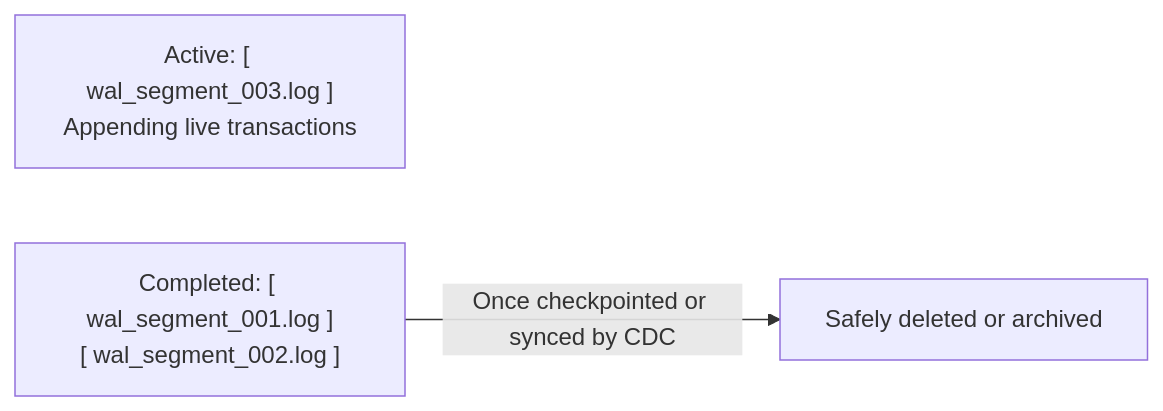
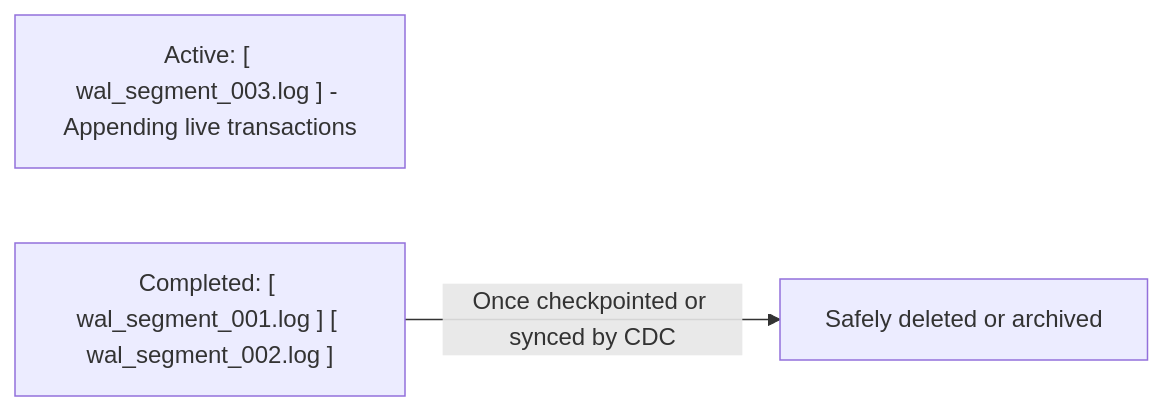
The fourth of 8 diagrams in blog/astro/src/content/docs/change-data-capture.md (Chandra179/atlas), drawn with Mermaid before and after one commit. The commit also changed other lines of this file and 1 other file, not shown here.

````diff
--- a/blog/astro/src/content/docs/change-data-capture.md
+++ b/blog/astro/src/content/docs/change-data-capture.md
@@ -95,6 +95,6 @@
 ```mermaid
 flowchart LR
-  Active["Active: [ wal_segment_003.log ]<br/>Appending live transactions"]
-  Completed["Completed: [ wal_segment_001.log ]<br/>[ wal_segment_002.log ]"]
+  Active["Active: [ wal_segment_003.log ] - Appending live transactions"]
+  Completed["Completed: [ wal_segment_001.log ] [ wal_segment_002.log ]"]
   Completed -->|"Once checkpointed or synced by CDC"| Purge["Safely deleted or archived"]
 ```
````
